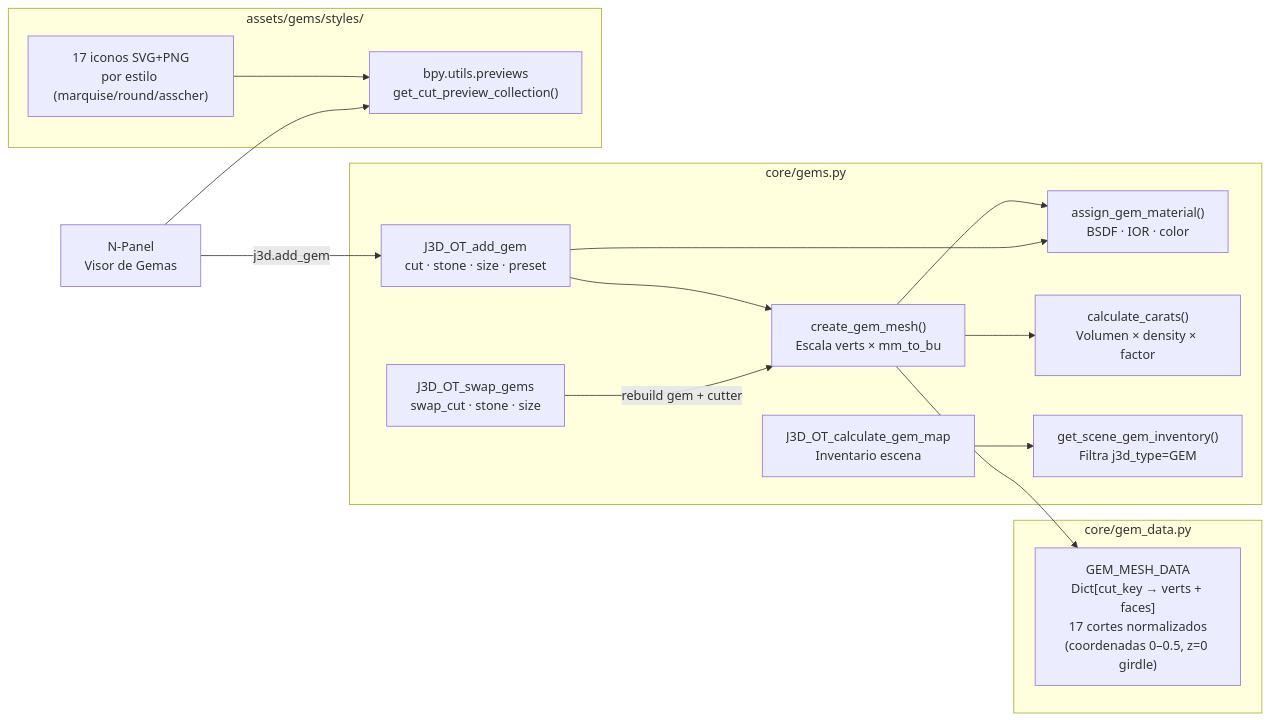
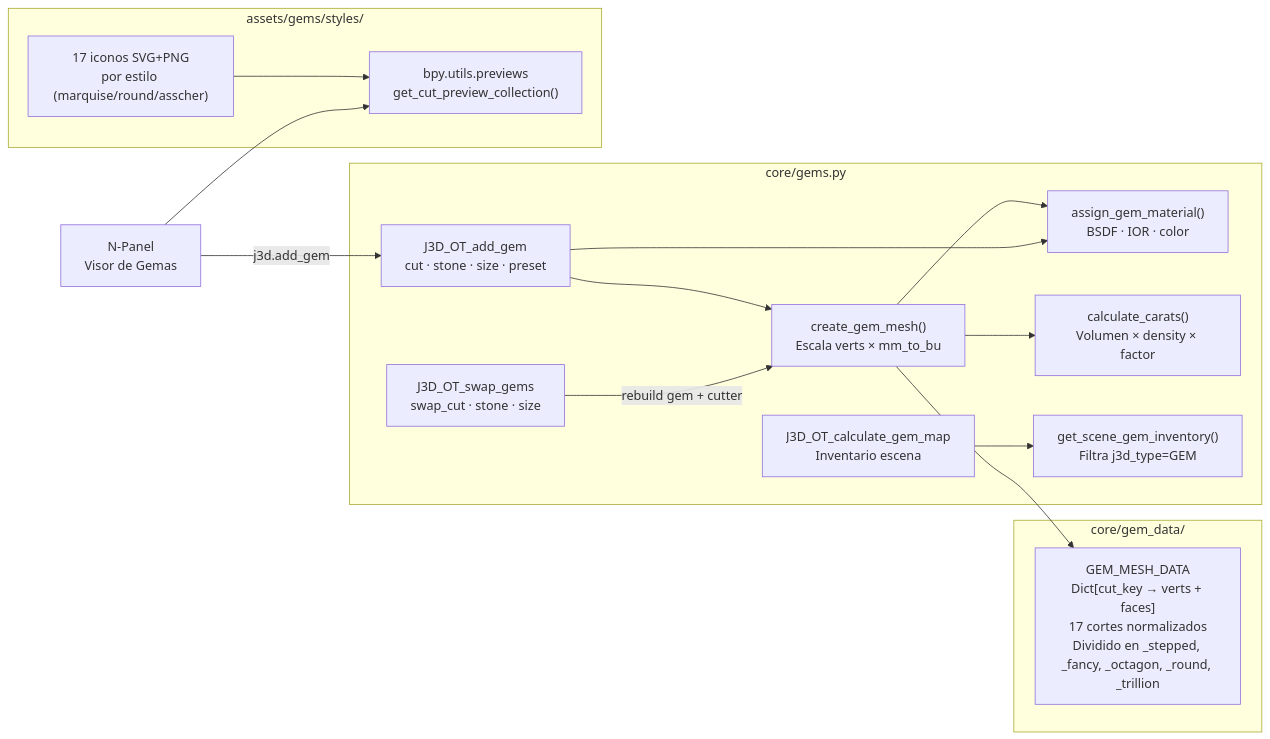
Before and after one commit to xolotl-hub/jeweler3dstudio-community: the diagram in overview/architecture/modules/gems.md, drawn with Mermaid. The commit also changed other lines of this file and 20 other files, not shown here.

````diff
--- a/overview/architecture/modules/gems.md
+++ b/overview/architecture/modules/gems.md
@@ -10,33 +10,33 @@
 ```mermaid
 graph LR
     UI["N-Panel\nVisor de Gemas"] -->|"j3d.add_gem"| AddGem
 
     subgraph Engine["core/gems.py"]
         AddGem["J3D_OT_add_gem\ncut · stone · size · preset"]
         SwapGems["J3D_OT_swap_gems\nswap_cut · stone · size"]
         GemMap["J3D_OT_calculate_gem_map\nInventario escena"]
         CreateMesh["create_gem_mesh()\nEscala verts × mm_to_bu"]
         BSDF["assign_gem_material()\nBSDF · IOR · color"]
         Carats["calculate_carats()\nVolumen × density × factor"]
         Inventory["get_scene_gem_inventory()\nFiltra j3d_type=GEM"]
         CreateMesh --> BSDF
         CreateMesh --> Carats
     end
 
-    subgraph Data["core/gem_data.py"]
-        RawData["GEM_MESH_DATA\nDict[cut_key → verts + faces]\n17 cortes normalizados\n(coordenadas 0–0.5, z=0 girdle)"]
+    subgraph Data["core/gem_data/"]
+        RawData["GEM_MESH_DATA\nDict[cut_key → verts + faces]\n17 cortes normalizados\nDividido en _stepped, _fancy, _octagon, _round, _trillion"]
     end
 
     subgraph Assets["assets/gems/styles/"]
         Icons["17 iconos SVG+PNG\npor estilo (marquise/round/asscher)"]
         Preview["bpy.utils.previews\nget_cut_preview_collection()"]
         Icons --> Preview
     end
 
     AddGem --> CreateMesh
     AddGem --> BSDF
     SwapGems -->|"rebuild gem + cutter"| CreateMesh
     CreateMesh --> RawData
     UI --> Preview
     GemMap --> Inventory
 ```
````
